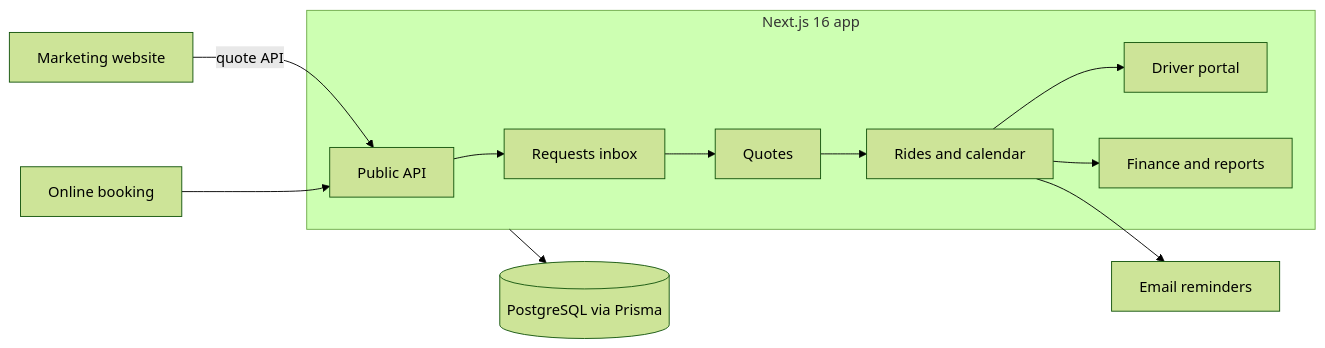
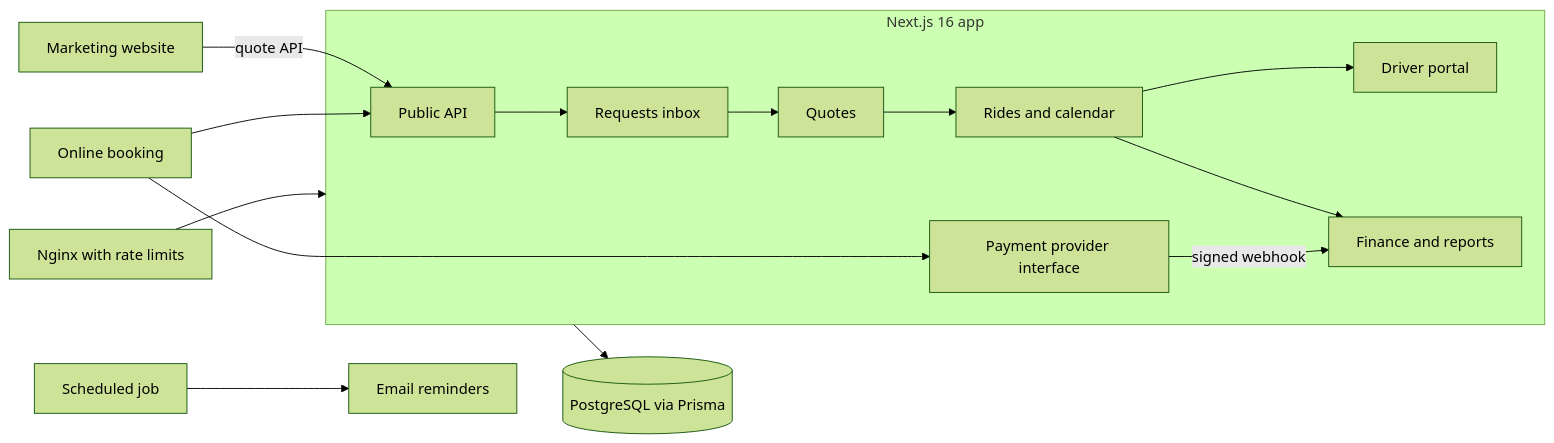
Before and after one commit to victorsestrem/private-chauffeur-booking-platform: the diagram in README.md, drawn with Mermaid (forest theme). The commit also changed other lines of this file, not shown here.

````diff
--- a/README.md
+++ b/README.md
@@ -32,19 +38,23 @@
 ```mermaid
 flowchart LR
   Site[Marketing website] -->|quote API| API[Public API]
   Booking[Online booking] --> API
   API --> Inbox[Requests inbox]
   Inbox --> Quotes[Quotes] --> Rides[Rides and calendar]
   Rides --> Driver[Driver portal]
   Rides --> Finance[Finance and reports]
-  Rides --> Mail[Email reminders]
+  Booking --> Pay[Payment provider interface]
+  Pay -->|signed webhook| Finance
+  Cron[Scheduled job] --> Mail[Email reminders]
   subgraph App[Next.js 16 app]
     API
     Inbox
     Quotes
     Rides
     Driver
     Finance
+    Pay
   end
   App --> DB[(PostgreSQL via Prisma)]
+  Proxy[Nginx with rate limits] --> App
 ```
````
